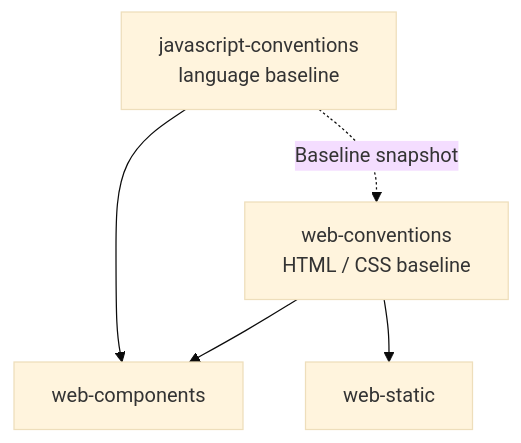
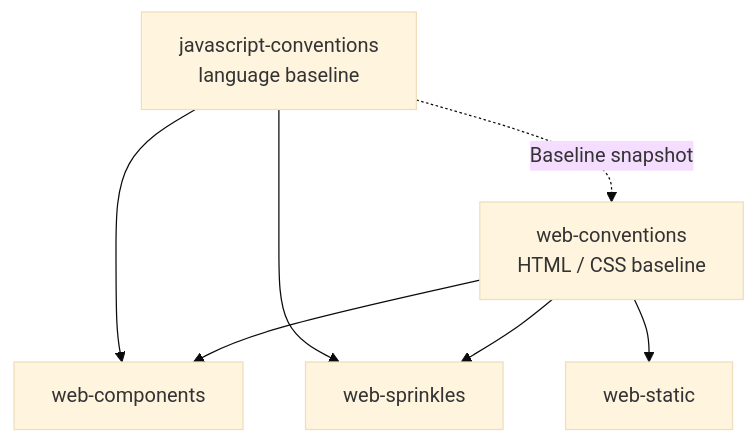
One commit to AdamBien/airails changed the diagram in web/javascript-conventions/README.md. Above: the diagram before and after it, drawn with Mermaid (base theme). The commit also changed other lines of this file and 14 other files, not shown here.

Commit message:
web-static extended with web sprinkles

````diff
--- a/web/javascript-conventions/README.md
+++ b/web/javascript-conventions/README.md
@@ -9,9 +9,11 @@
 ```mermaid
 graph TD
     JS[javascript-conventions<br/>language baseline]
     WC[web-conventions<br/>HTML / CSS baseline]
     JS --> COMP[web-components]
     WC --> COMP
+    JS --> SPRINKLES[web-sprinkles]
+    WC --> SPRINKLES
     WC --> STATIC[web-static]
     JS -.->|Baseline snapshot| WC
 ```
````
